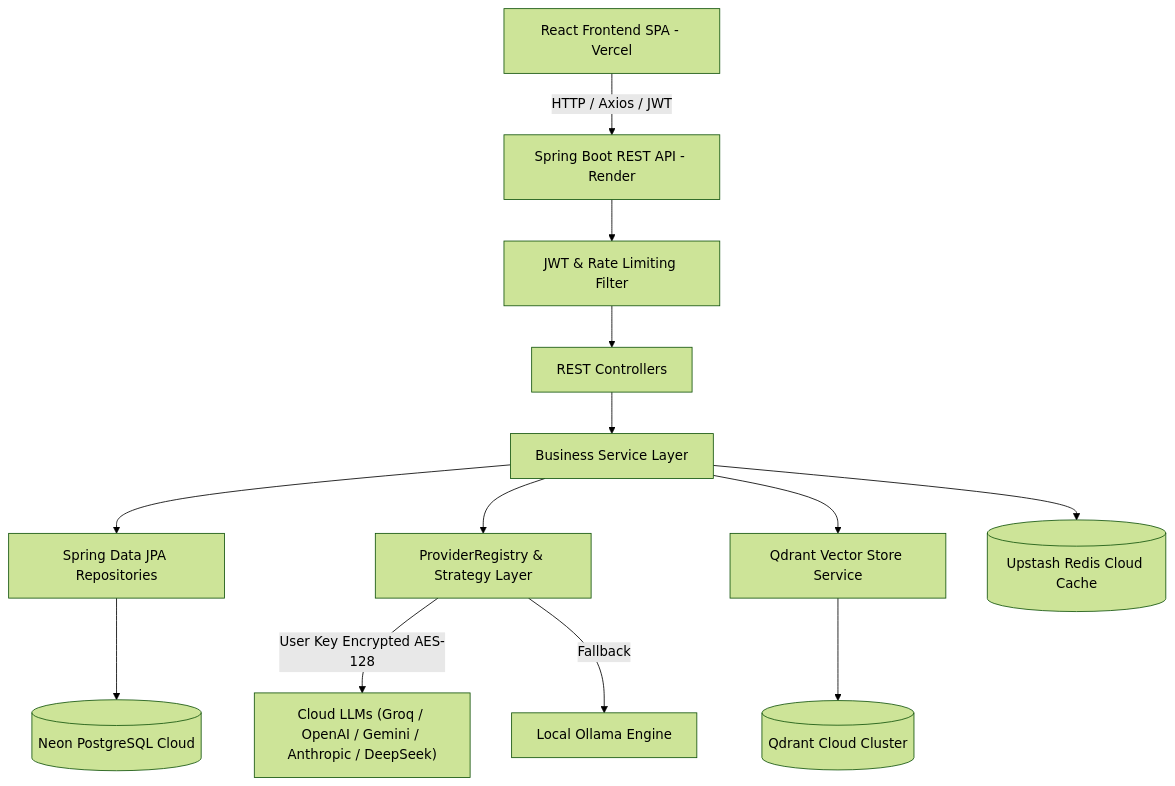
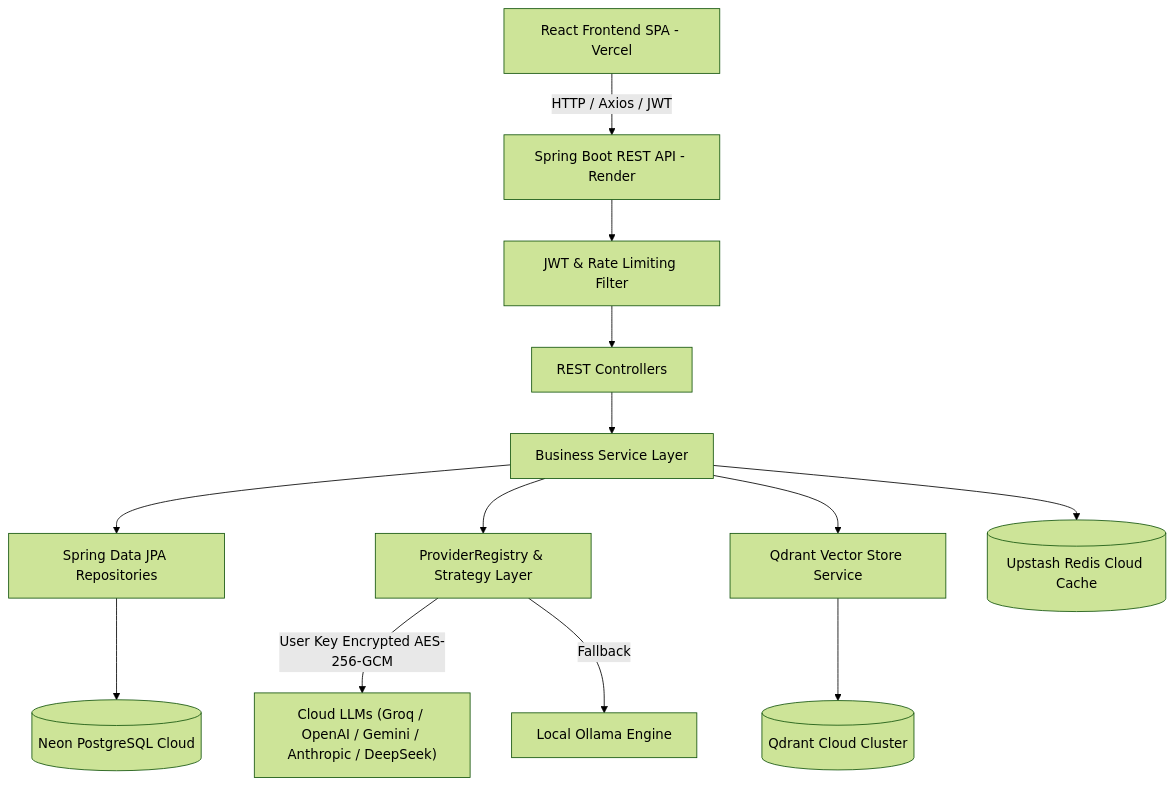
One commit to Dheerajdvn/AI-School-Management-System changed the diagram in README.md. Above: the diagram before and after it, drawn with Mermaid (forest theme). The commit also changed other lines of this file and 87 other files, not shown here.

````diff
--- a/README.md
+++ b/README.md
@@ -71,17 +71,17 @@
 ```mermaid
 graph TD
     Client[React Frontend SPA - Vercel] -->|HTTP / Axios / JWT| Gateway[Spring Boot REST API - Render]
     Gateway --> SecurityFilter[JWT & Rate Limiting Filter]
     SecurityFilter --> Controllers[REST Controllers]
     Controllers --> Services[Business Service Layer]
     Services --> Repositories[Spring Data JPA Repositories]
     Services --> ProviderRegistry[ProviderRegistry & Strategy Layer]
     Services --> VectorStore[Qdrant Vector Store Service]
     
-    ProviderRegistry -->|User Key Encrypted AES-128| CloudLLM["Cloud LLMs (Groq / OpenAI / Gemini / Anthropic / DeepSeek)"]
+    ProviderRegistry -->|User Key Encrypted AES-256-GCM| CloudLLM["Cloud LLMs (Groq / OpenAI / Gemini / Anthropic / DeepSeek)"]
     ProviderRegistry -->|Fallback| Ollama[Local Ollama Engine]
     
     VectorStore --> QdrantCloud[(Qdrant Cloud Cluster)]
     Repositories --> Database[(Neon PostgreSQL Cloud)]
     Services --> Redis[(Upstash Redis Cloud Cache)]
 ```
````
